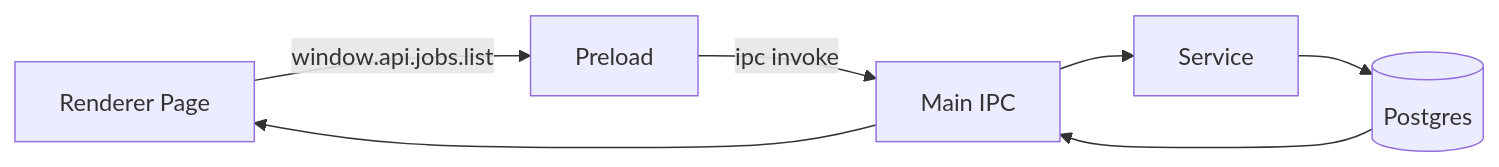
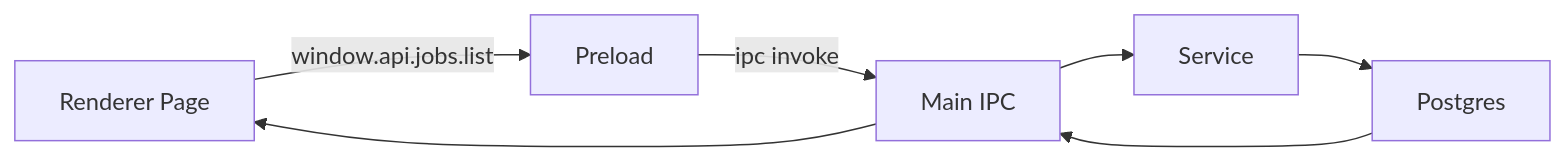
Before and after one commit to mike2153/NestWatcher: the diagram in AGENTS.md, drawn with Mermaid. The commit also changed other lines of this file and 28 other files, not shown here.

````diff
--- a/AGENTS.md
+++ b/AGENTS.md
@@ -280,9 +283,9 @@
 ```mermaid
 flowchart LR
   UI[Renderer Page]
   -->|window.api.jobs.list| PRE[Preload]
   -->|ipc invoke| MAIN[Main IPC]
   --> SVC[Service]
-  --> DB[(Postgres)]
+  --> DB[Postgres]
   --> MAIN --> UI
 ```
````
